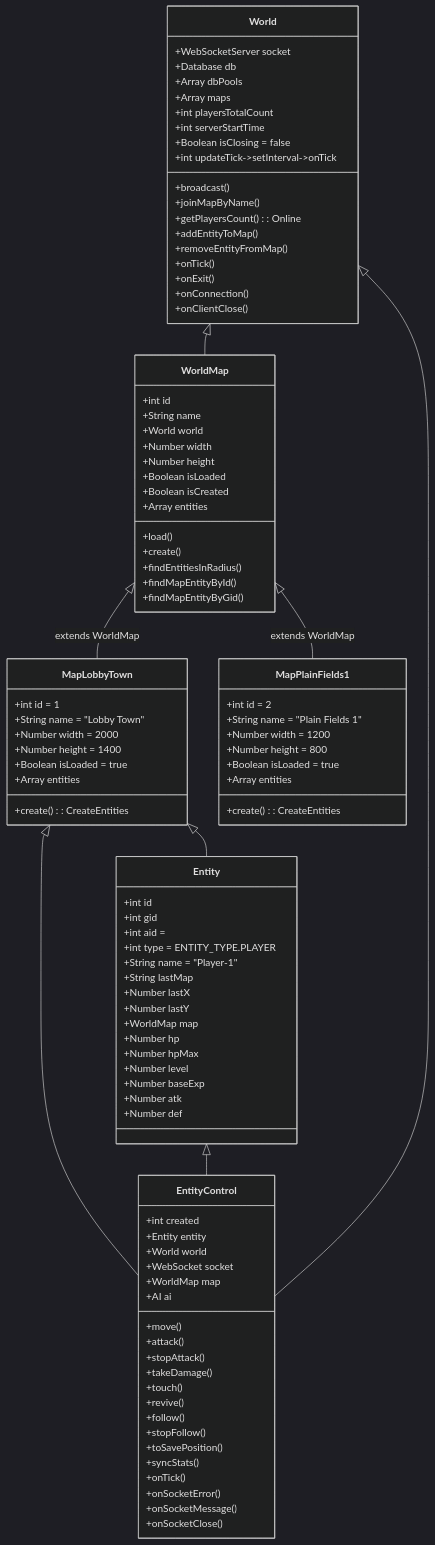
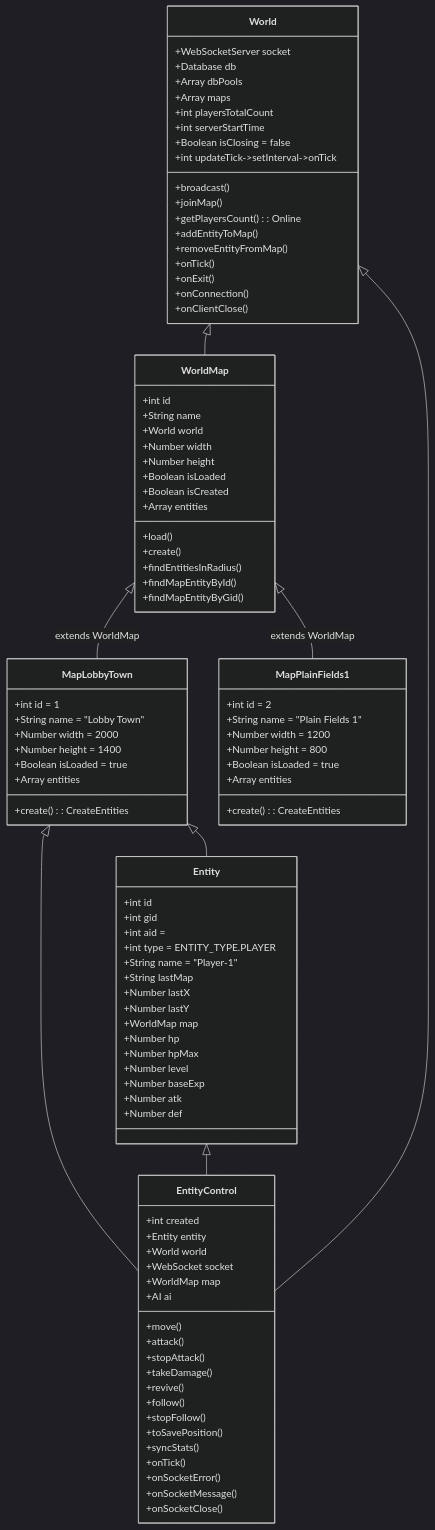
Before and after one commit to Sehrentos/nodejs-game-server: the diagram in docs/README.md, drawn with Mermaid (dark theme). The commit also changed 36 other files, not shown here.

```diff
--- a/docs/README.md
+++ b/docs/README.md
@@ -19,7 +19,7 @@
     +Boolean isClosing = false
     +int updateTick->setInterval->onTick
     +broadcast()
-    +joinMapByName()
+    +joinMap()
     +getPlayersCount(): Online
     +addEntityToMap()
     +removeEntityFromMap()
@@ -95,7 +95,6 @@
     +attack()
     +stopAttack()
     +takeDamage()
-    +touch()
     +revive()
     +follow()
     +stopFollow()
```
